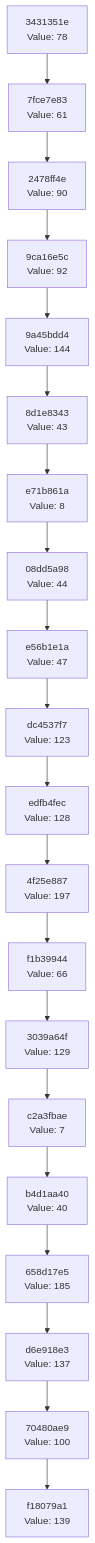
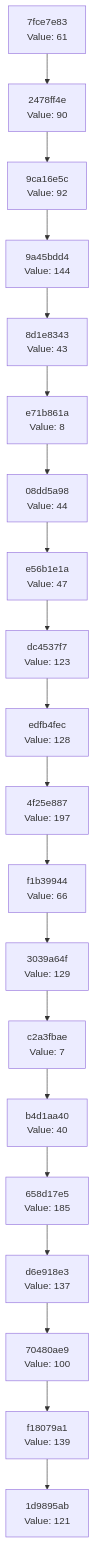
Before and after one commit to Abhisheksinha1506/hash-chain-evolver: the diagram in docs/CHAIN_VISUALIZATION.md, drawn with Mermaid. The commit also changed 2 other files, not shown here.

Commit message:
Evolution step: hash 0x79 → action executed

````diff
--- a/docs/CHAIN_VISUALIZATION.md
+++ b/docs/CHAIN_VISUALIZATION.md
@@ -3,42 +3,42 @@
 ```mermaid
 graph TD
-    C0["f18079a1<br/>Value: 139"]
-    C1["70480ae9<br/>Value: 100"]
+    C0["1d9895ab<br/>Value: 121"]
+    C1["f18079a1<br/>Value: 139"]
     C1 --> C0
-    C2["d6e918e3<br/>Value: 137"]
+    C2["70480ae9<br/>Value: 100"]
     C2 --> C1
-    C3["658d17e5<br/>Value: 185"]
+    C3["d6e918e3<br/>Value: 137"]
     C3 --> C2
-    C4["b4d1aa40<br/>Value: 40"]
+    C4["658d17e5<br/>Value: 185"]
     C4 --> C3
-    C5["c2a3fbae<br/>Value: 7"]
+    C5["b4d1aa40<br/>Value: 40"]
     C5 --> C4
-    C6["3039a64f<br/>Value: 129"]
+    C6["c2a3fbae<br/>Value: 7"]
     C6 --> C5
-    C7["f1b39944<br/>Value: 66"]
+    C7["3039a64f<br/>Value: 129"]
     C7 --> C6
-    C8["4f25e887<br/>Value: 197"]
+    C8["f1b39944<br/>Value: 66"]
     C8 --> C7
-    C9["edfb4fec<br/>Value: 128"]
+    C9["4f25e887<br/>Value: 197"]
     C9 --> C8
-    C10["dc4537f7<br/>Value: 123"]
+    C10["edfb4fec<br/>Value: 128"]
     C10 --> C9
-    C11["e56b1e1a<br/>Value: 47"]
+    C11["dc4537f7<br/>Value: 123"]
     C11 --> C10
-    C12["08dd5a98<br/>Value: 44"]
+    C12["e56b1e1a<br/>Value: 47"]
     C12 --> C11
-    C13["e71b861a<br/>Value: 8"]
+    C13["08dd5a98<br/>Value: 44"]
     C13 --> C12
-    C14["8d1e8343<br/>Value: 43"]
+    C14["e71b861a<br/>Value: 8"]
     C14 --> C13
-    C15["9a45bdd4<br/>Value: 144"]
+    C15["8d1e8343<br/>Value: 43"]
     C15 --> C14
-    C16["9ca16e5c<br/>Value: 92"]
+    C16["9a45bdd4<br/>Value: 144"]
     C16 --> C15
-    C17["2478ff4e<br/>Value: 90"]
+    C17["9ca16e5c<br/>Value: 92"]
     C17 --> C16
-    C18["7fce7e83<br/>Value: 61"]
+    C18["2478ff4e<br/>Value: 90"]
     C18 --> C17
-    C19["3431351e<br/>Value: 78"]
+    C19["7fce7e83<br/>Value: 61"]
     C19 --> C18
 ```
````
